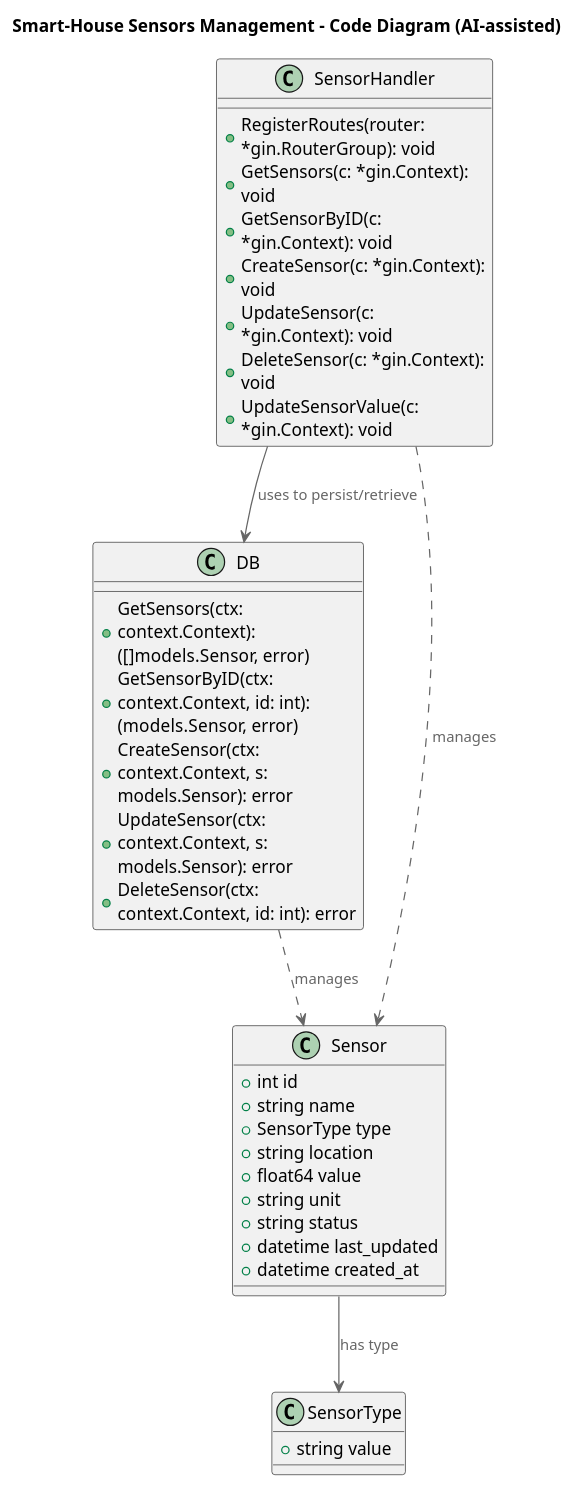
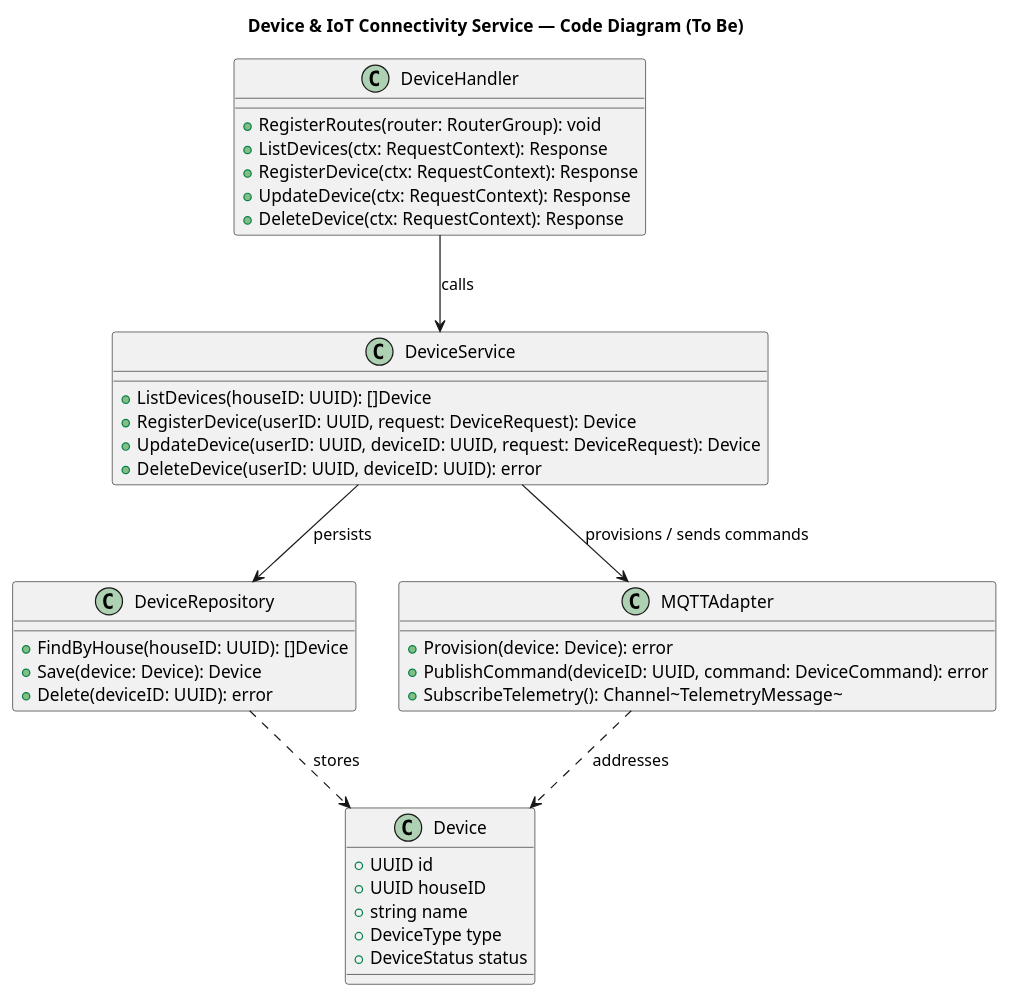
The diagram in docs/architecture/microservices/c4_code_sensorManagement.puml (bormoley1983/architecture-warmhouse), drawn with PlantUML before and after one commit. The commit also changed 6 other files, not shown here.

Commit message:
container diagram updated distinguishing all the major services required by PRD as "service". removing monolitycal representation

```diff
--- a/docs/architecture/microservices/c4_code_sensorManagement.puml
+++ b/docs/architecture/microservices/c4_code_sensorManagement.puml
@@ -1,49 +1,42 @@
 @startuml
-
-title Smart-House Sensors Management - Code Diagram (AI-assisted)
+title Device & IoT Connectivity Service — Code Diagram (To Be)
 
 top to bottom direction
 
-!includeurl https://raw.githubusercontent.com/plantuml-stdlib/C4-PlantUML/master/C4_Component.puml
-
-class SensorHandler {
-    +RegisterRoutes(router: *gin.RouterGroup): void
-    +GetSensors(c: *gin.Context): void
-    +GetSensorByID(c: *gin.Context): void
-    +CreateSensor(c: *gin.Context): void
-    +UpdateSensor(c: *gin.Context): void
-    +DeleteSensor(c: *gin.Context): void
-    +UpdateSensorValue(c: *gin.Context): void
+class DeviceHandler {
+  +RegisterRoutes(router: RouterGroup): void
+  +ListDevices(ctx: RequestContext): Response
+  +RegisterDevice(ctx: RequestContext): Response
+  +UpdateDevice(ctx: RequestContext): Response
+  +DeleteDevice(ctx: RequestContext): Response
+}
+class DeviceService {
+  +ListDevices(houseID: UUID): []Device
+  +RegisterDevice(userID: UUID, request: DeviceRequest): Device
+  +UpdateDevice(userID: UUID, deviceID: UUID, request: DeviceRequest): Device
+  +DeleteDevice(userID: UUID, deviceID: UUID): error
+}
+class DeviceRepository {
+  +FindByHouse(houseID: UUID): []Device
+  +Save(device: Device): Device
+  +Delete(deviceID: UUID): error
+}
+class MQTTAdapter {
+  +Provision(device: Device): error
+  +PublishCommand(deviceID: UUID, command: DeviceCommand): error
+  +SubscribeTelemetry(): Channel~TelemetryMessage~
+}
+class Device {
+  +UUID id
+  +UUID houseID
+  +string name
+  +DeviceType type
+  +DeviceStatus status
 }
 
-class DB {
-    +GetSensors(ctx: context.Context): ([]models.Sensor, error)
-    +GetSensorByID(ctx: context.Context, id: int): (models.Sensor, error)
-    +CreateSensor(ctx: context.Context, s: models.Sensor): error
-    +UpdateSensor(ctx: context.Context, s: models.Sensor): error
-    +DeleteSensor(ctx: context.Context, id: int): error
-}
-
-class Sensor {
-    +int id
-    +string name
-    +SensorType type
-    +string location
-    +float64 value
-    +string unit
-    +string status
-    +datetime last_updated
-    +datetime created_at
-}
-
-class SensorType {
-    +string value
-}
-
-SensorHandler --> DB : "uses to persist/retrieve"
-SensorHandler ..> Sensor : "manages"
-
-Sensor --> SensorType : "has type"
-DB ..> Sensor : "manages"
-
+DeviceHandler --> DeviceService : calls
+DeviceService --> DeviceRepository : persists
+DeviceService --> MQTTAdapter : provisions / sends commands
+DeviceRepository ..> Device : stores
+MQTTAdapter ..> Device : addresses
 @enduml
```
